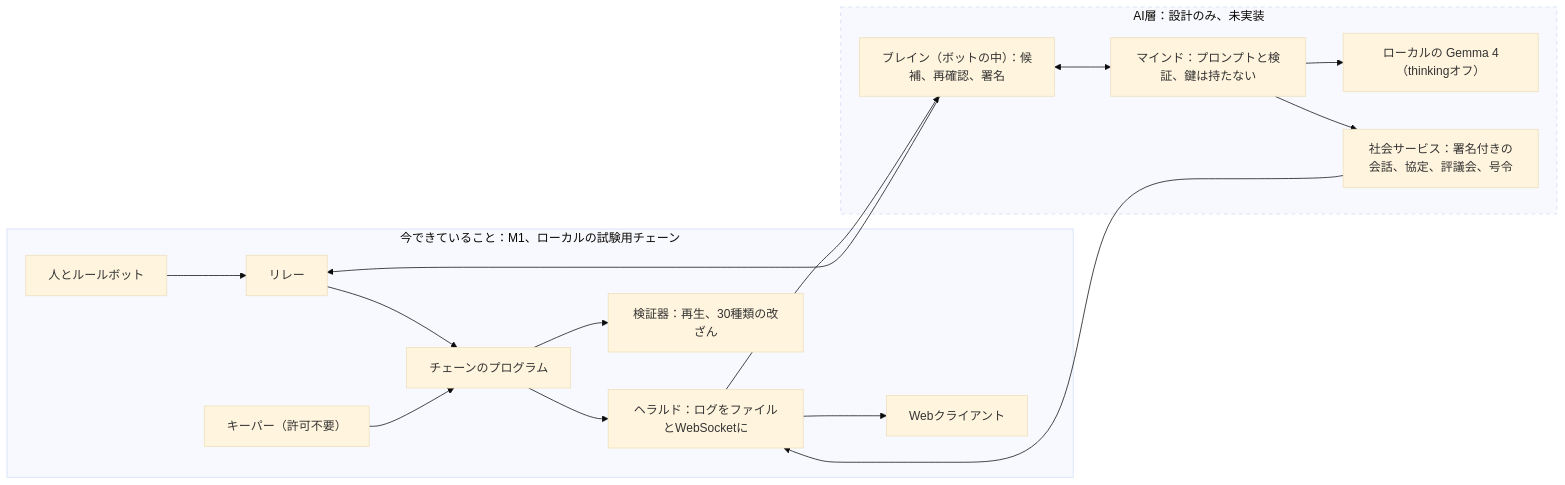
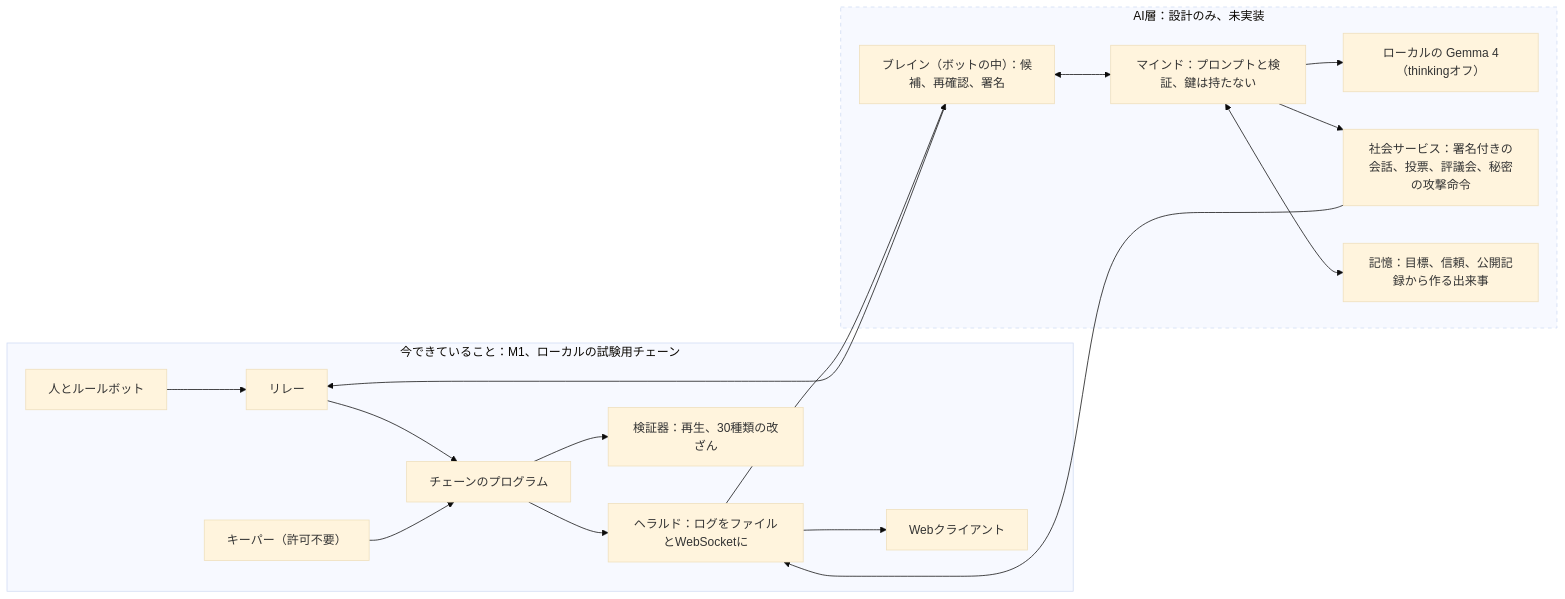
One commit to r0ze998/wylls changed the second of 3 diagrams in docs/DESIGN-OVERVIEW.ja.md. Above: the diagram before and after it, drawn with Mermaid (base theme). The commit also changed other lines of this file and 1 other file, not shown here.

````diff
--- a/docs/DESIGN-OVERVIEW.ja.md
+++ b/docs/DESIGN-OVERVIEW.ja.md
@@ -172,24 +172,26 @@
 ```mermaid
 flowchart LR
   subgraph Real["今できていること：M1、ローカルの試験用チェーン"]
     P["人とルールボット"] --> R["リレー"]
     R --> C["チェーンのプログラム"]
     K["キーパー（許可不要）"] --> C
     C --> H["ヘラルド：ログをファイルとWebSocketに"]
     H --> W["Webクライアント"]
     C --> V["検証器：再生、30種類の改ざん"]
   end
   subgraph AI["AI層：設計のみ、未実装"]
     B["ブレイン（ボットの中）：候補、再確認、署名"]
     M["マインド：プロンプトと検証、鍵は持たない"]
     G["ローカルの Gemma 4（thinkingオフ）"]
-    SS["社会サービス：署名付きの会話、協定、評議会、号令"]
+    SS["社会サービス：署名付きの会話、投票、評議会、秘密の攻撃命令"]
+    MEM["記憶：目標、信頼、公開記録から作る出来事"]
     B <--> M
     M --> G
     M --> SS
+    M <--> MEM
   end
   B --> R
   H --> B
   SS --> H
   style AI stroke-dasharray: 5 5
 ```
````
